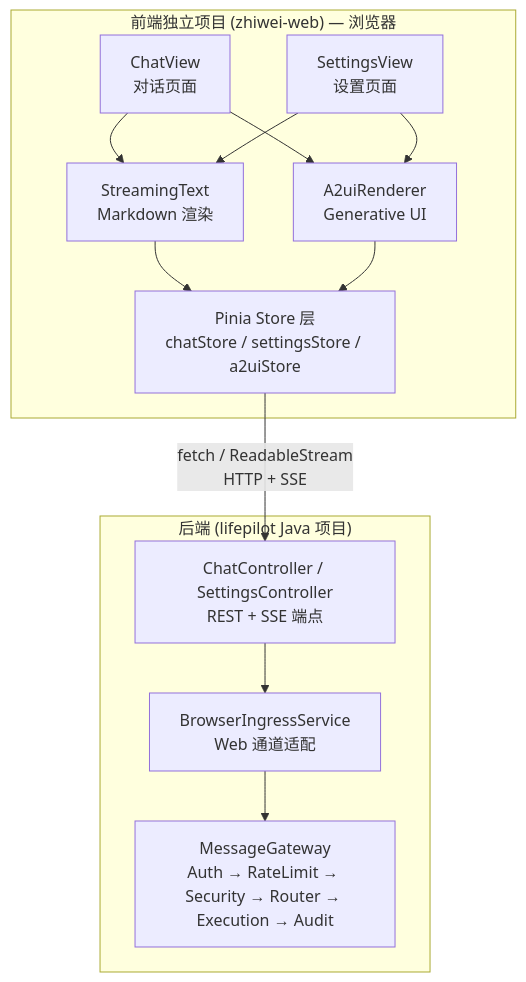
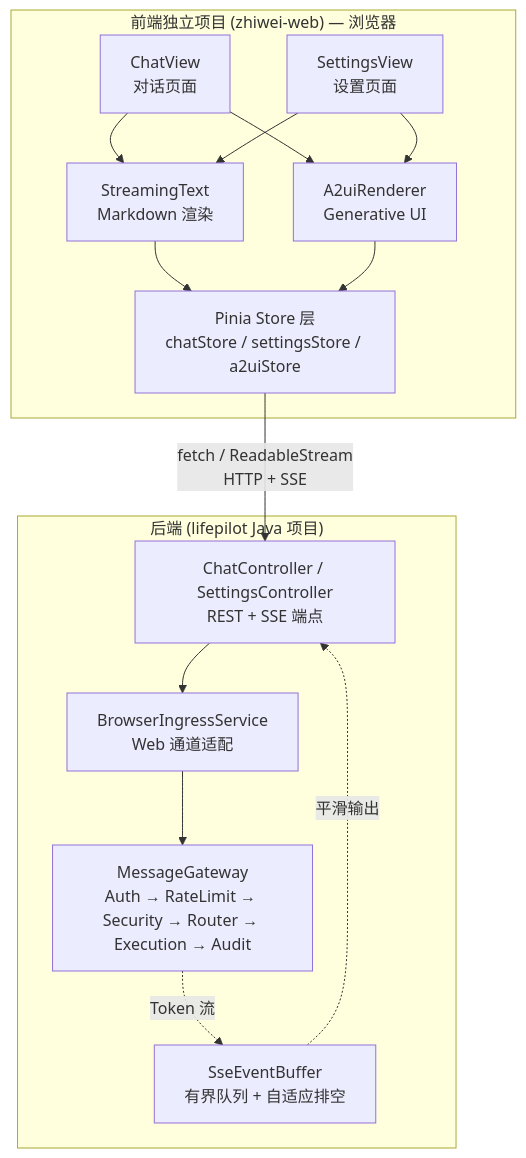
Before and after one commit to ntygod/LifePilot: the diagram in docs/architecture/web-ui.md, drawn with Mermaid. The commit also changed other lines of this file and 1 other file, not shown here.

Commit message:
docs(sse): 补充架构图 + 设计决策 + 性能规划中的缓冲区描述

````diff
--- a/docs/architecture/web-ui.md
+++ b/docs/architecture/web-ui.md
@@ -51,20 +51,22 @@
 ```mermaid
 graph TB
     subgraph Frontend["前端独立项目 (zhiwei-web) — 浏览器"]
         CV["ChatView<br/>对话页面"]
         SV["SettingsView<br/>设置页面"]
         ST["StreamingText<br/>Markdown 渲染"]
         AR["A2uiRenderer<br/>Generative UI"]
         PS["Pinia Store 层<br/>chatStore / settingsStore / a2uiStore"]
         CV & SV --> ST & AR --> PS
     end
 
     PS -- "fetch / ReadableStream<br/>HTTP + SSE" --> CC
 
     subgraph Backend["后端 (lifepilot Java 项目)"]
         CC["ChatController / SettingsController<br/>REST + SSE 端点"]
+        BUF["SseEventBuffer<br/>有界队列 + 自适应排空"]
         WA["BrowserIngressService<br/>Web 通道适配"]
         MG["MessageGateway<br/>Auth → RateLimit → Security → Router → Execution → Audit"]
         CC --> WA --> MG
+        MG -. "Token 流" .-> BUF -. "平滑输出" .-> CC
     end
 ```
````
